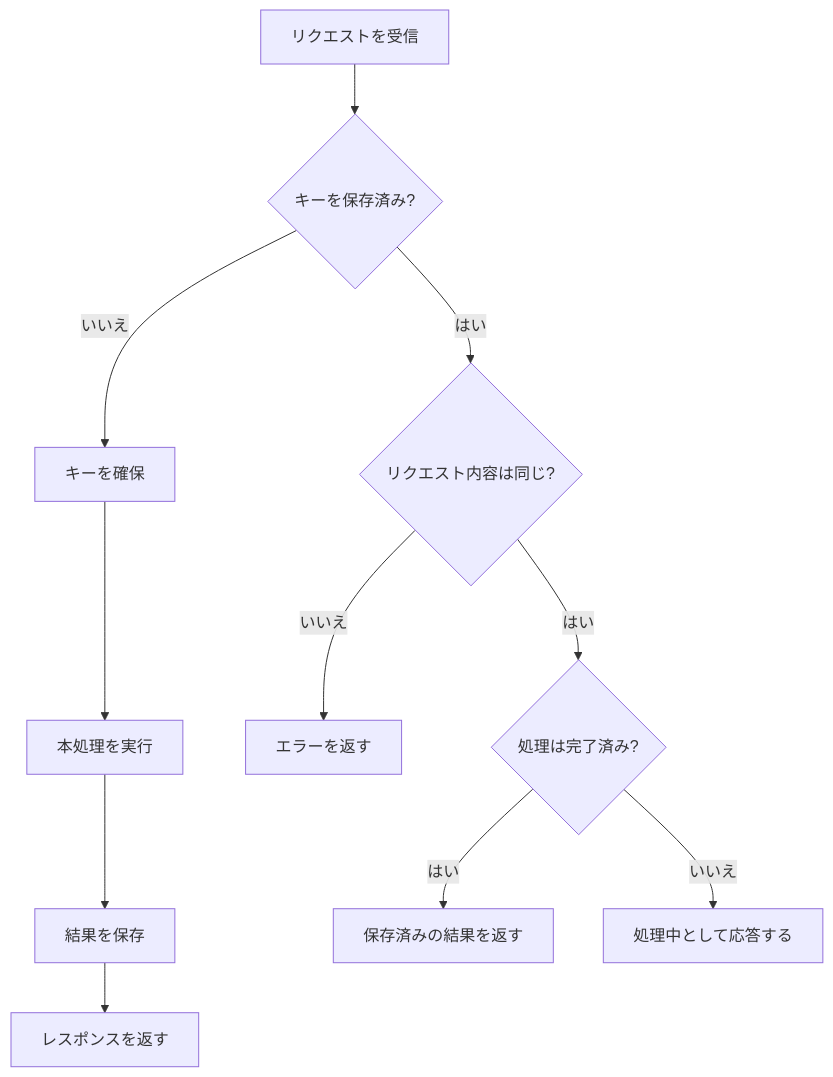
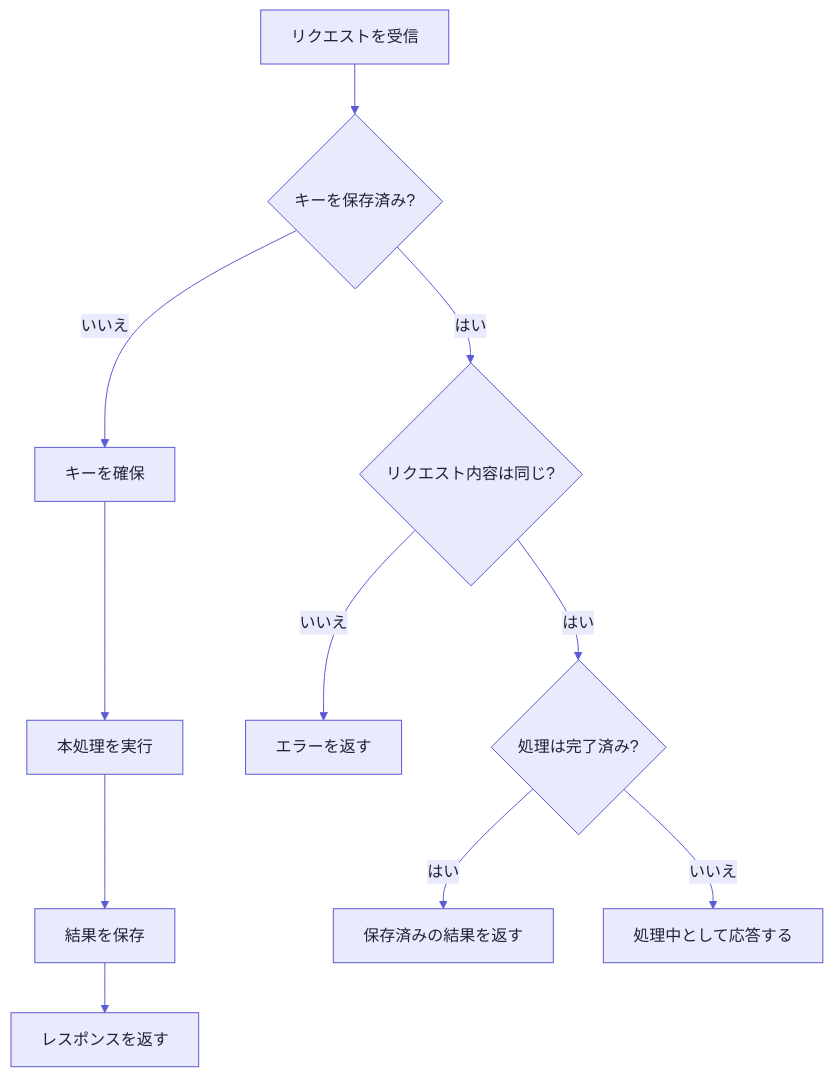
Before and after one commit to nagahara-naoki/zenn: the second of 2 diagrams in articles/605a779340e0.md, drawn with Mermaid. The commit also changed other lines of this file, not shown here.

````diff
--- a/articles/605a779340e0.md
+++ b/articles/605a779340e0.md
@@ -149,13 +150,14 @@
 ```mermaid
+%%{init: {'theme':'base','themeVariables':{'primaryColor':'#eaeafd','primaryBorderColor':'#5b5bd6','primaryTextColor':'#1f2430','secondaryColor':'#dcdcfa','secondaryBorderColor':'#5b5bd6','secondaryTextColor':'#1f2430','tertiaryColor':'#f4f4fe','tertiaryBorderColor':'#5b5bd6','tertiaryTextColor':'#1f2430','mainBkg':'#eaeafd','nodeBorder':'#5b5bd6','nodeTextColor':'#1f2430','clusterBkg':'#f4f4fe','clusterBorder':'#5b5bd6','lineColor':'#5b5bd6','textColor':'#1f2430','edgeLabelBackground':'#eaeafd','actorBkg':'#eaeafd','actorBorder':'#5b5bd6','actorTextColor':'#1f2430','actorLineColor':'#5b5bd6','signalColor':'#5b5bd6','signalTextColor':'#6f7ab2','noteBkgColor':'#eaeafd','noteBorderColor':'#5b5bd6','noteTextColor':'#1f2430','activationBkgColor':'#dcdcfa','activationBorderColor':'#5b5bd6','labelBoxBkgColor':'#eaeafd','labelBoxBorderColor':'#5b5bd6','labelTextColor':'#1f2430','loopTextColor':'#1f2430'}}}%%
 flowchart TD
   A[リクエストを受信] --> B{キーを保存済み?}
   B -- いいえ --> C[キーを確保]
   C --> D[本処理を実行]
   D --> E[結果を保存]
   E --> F[レスポンスを返す]
   B -- はい --> G{リクエスト内容は同じ?}
   G -- いいえ --> H[エラーを返す]
   G -- はい --> I{処理は完了済み?}
   I -- はい --> J[保存済みの結果を返す]
   I -- いいえ --> K[処理中として応答する]
 ```
````
